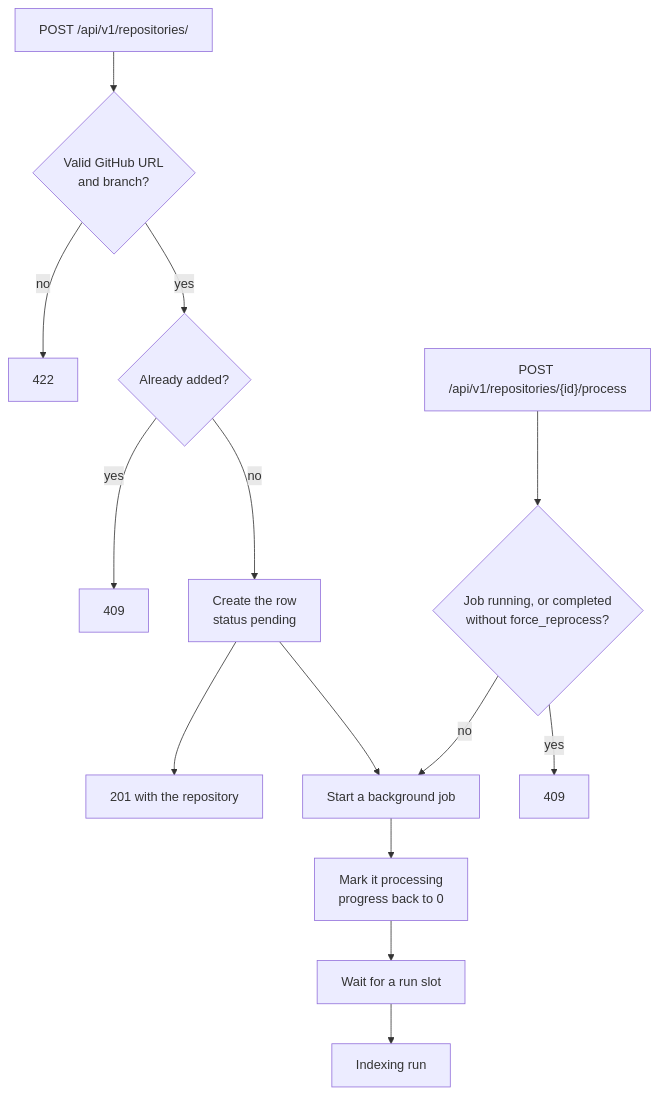
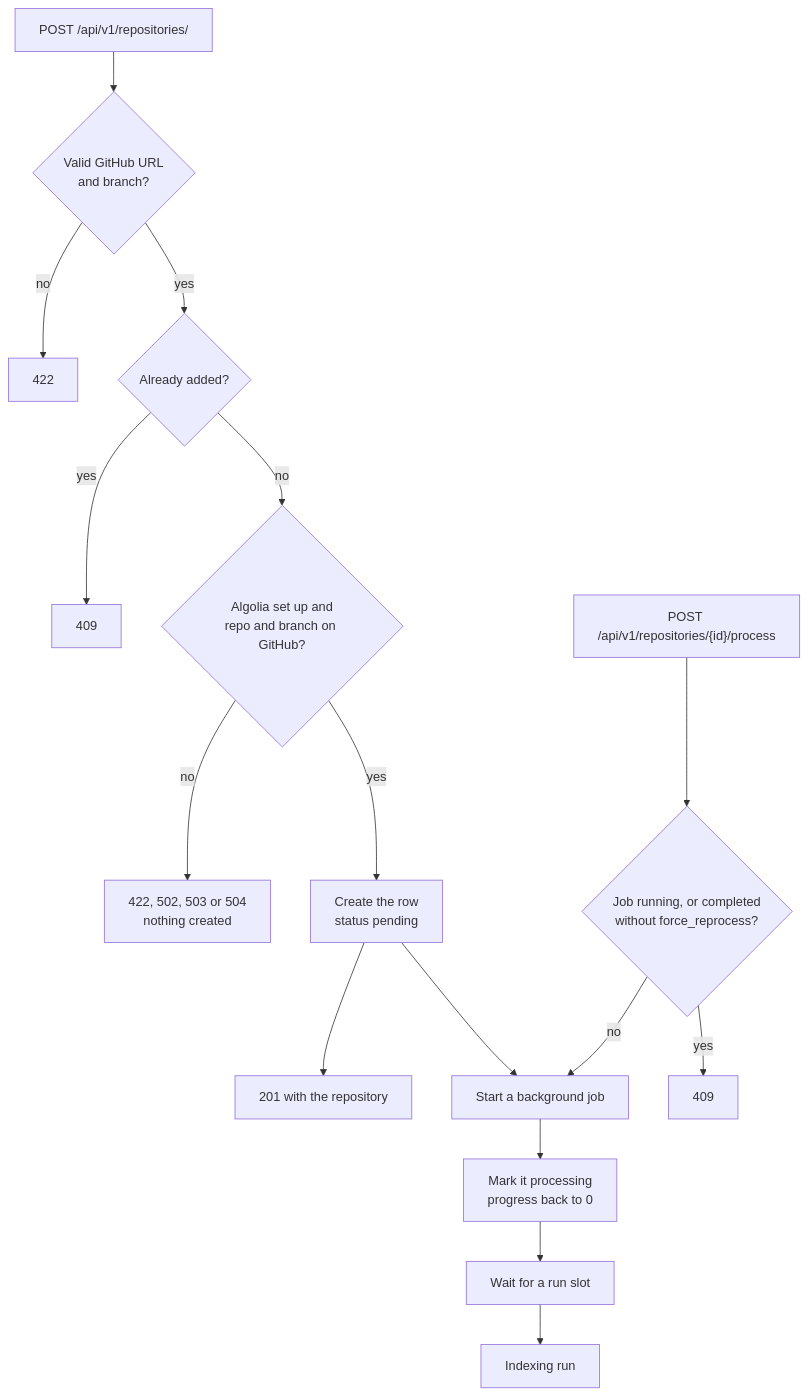
Before and after one commit to ntanwir10/codesage-algolia-challenge: the third of 8 diagrams in README.md, drawn with Mermaid. The commit also changed other lines of this file and 4 other files, not shown here.

````diff
--- a/README.md
+++ b/README.md
@@ -68,16 +68,18 @@
 ```mermaid
 flowchart TD
     add["POST /api/v1/repositories/"] --> valid{"Valid GitHub URL<br/>and branch?"}
     valid -- "no" --> bad["422"]
     valid -- "yes" --> known{"Already added?"}
     known -- "yes" --> dup["409"]
-    known -- "no" --> create["Create the row<br/>status pending"]
+    known -- "no" --> ready{"Algolia set up and<br/>repo and branch on GitHub?"}
+    ready -- "no" --> refused["422, 502, 503 or 504<br/>nothing created"]
+    ready -- "yes" --> create["Create the row<br/>status pending"]
     create --> created["201 with the repository"]
     create --> schedule["Start a background job"]
     again["POST /api/v1/repositories/{id}/process"] --> busy{"Job running, or completed<br/>without force_reprocess?"}
     busy -- "yes" --> conflict["409"]
     busy -- "no" --> schedule
     schedule --> processing["Mark it processing<br/>progress back to 0"]
     processing --> slot["Wait for a run slot"]
     slot --> run["Indexing run"]
 ```
````
